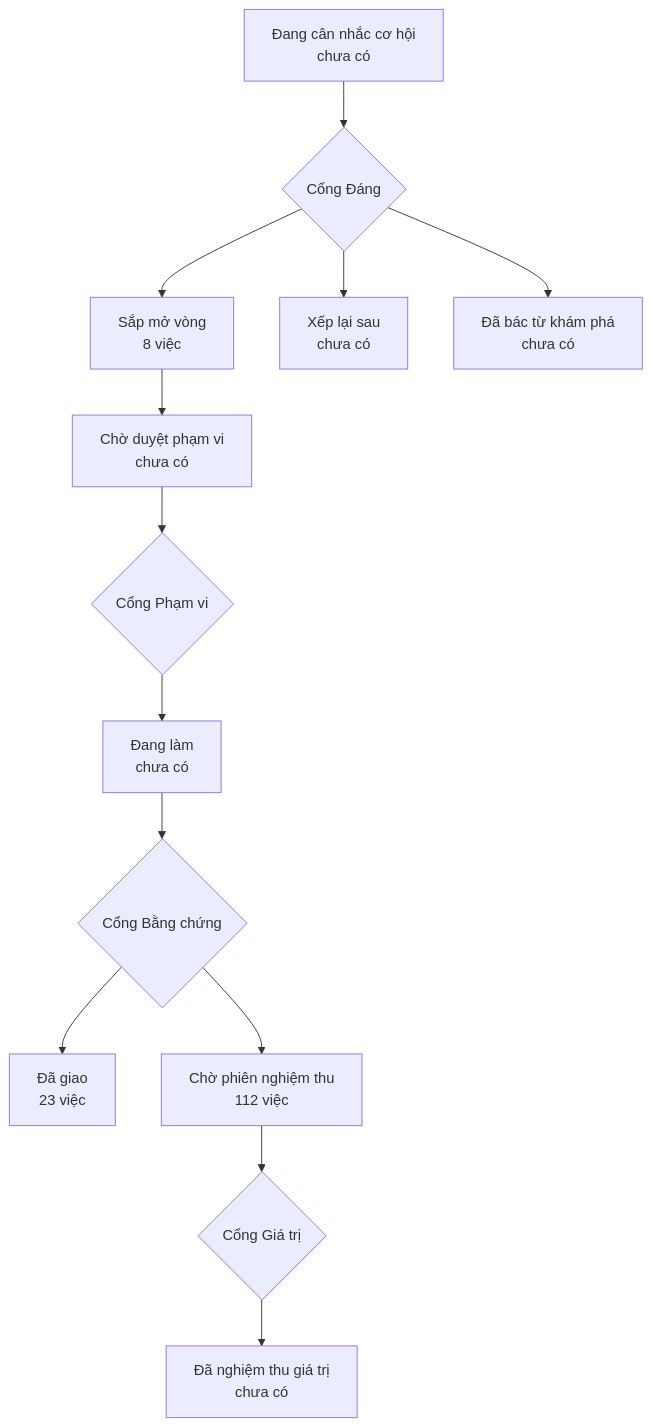
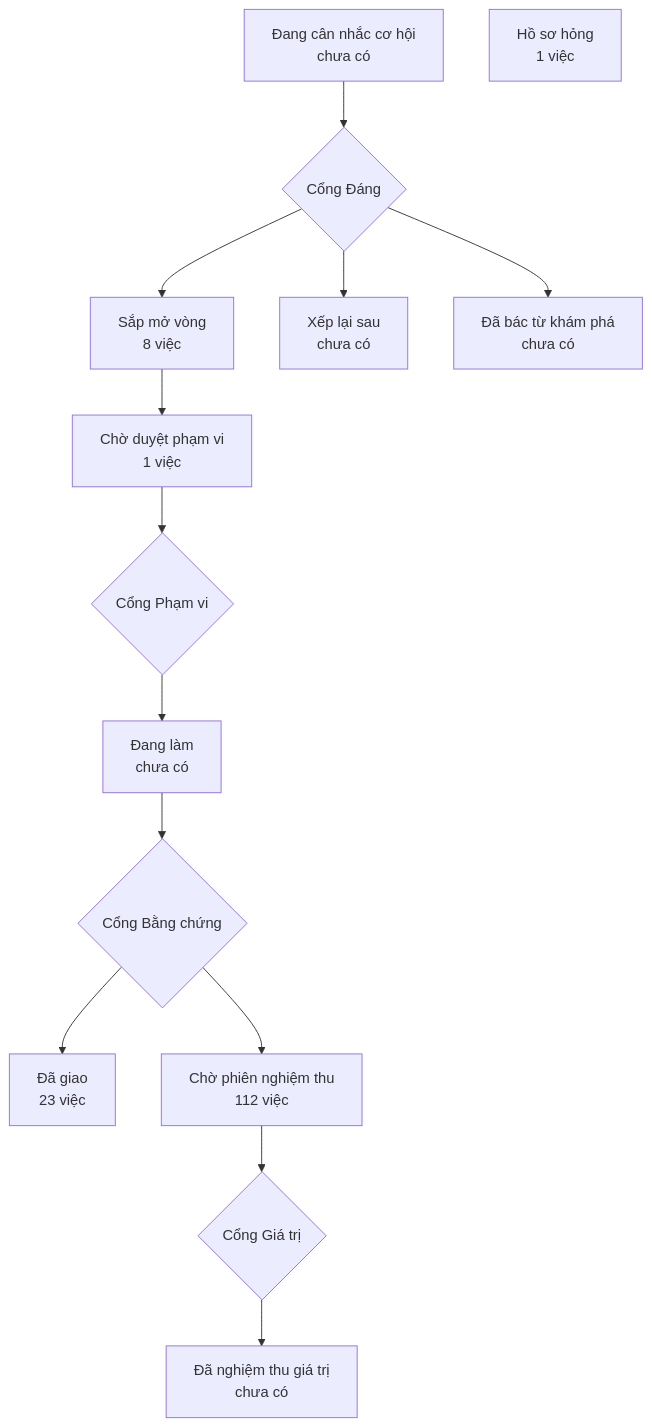
The diagram in PRODUCT-MAP.md (phanlemanh/onehub-quy-hang), drawn with Mermaid before and after one commit. The commit also changed other lines of this file and 15 other files, not shown here.

Commit message:
feat(ghim-lai-ban-that-qua-ci): nút ghim lại hồ sơ cần bản thật trên GitHub — bản trình Cổng Phạm vi

````diff
--- a/PRODUCT-MAP.md
+++ b/PRODUCT-MAP.md
@@ -7,12 +7,13 @@
 ```mermaid
 flowchart TD
   A["Đang cân nhắc cơ hội<br/>chưa có"] --> GD{"Cổng Đáng"}
   GD --> B["Sắp mở vòng<br/>8 việc"]
   GD --> XL["Xếp lại sau<br/>chưa có"]
   GD --> DB["Đã bác từ khám phá<br/>chưa có"]
-  B --> CD["Chờ duyệt phạm vi<br/>chưa có"] --> GP{"Cổng Phạm vi"}
+  B --> CD["Chờ duyệt phạm vi<br/>1 việc"] --> GP{"Cổng Phạm vi"}
   GP --> DL["Đang làm<br/>chưa có"] --> GB{"Cổng Bằng chứng"}
   GB --> DG["Đã giao<br/>23 việc"]
   GB --> CN["Chờ phiên nghiệm thu<br/>112 việc"] --> GG{"Cổng Giá trị"}
   GG --> NT["Đã nghiệm thu giá trị<br/>chưa có"]
+  HS["Hồ sơ hỏng<br/>1 việc"]
 ```
````
